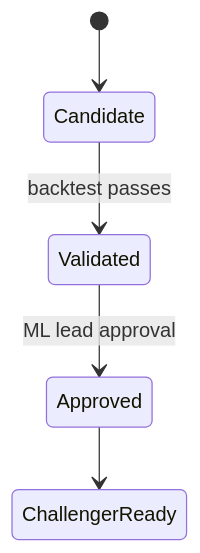
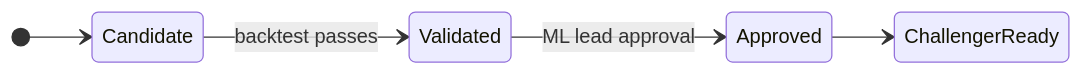
Before and after one commit to mdragomir-taurus/ops-diagrams: the diagram in clearml_model_approve.mermaid, drawn with Mermaid.

Commit message:
fix: clearml model approve diagram

```diff
--- a/clearml_model_approve.mermaid
+++ b/clearml_model_approve.mermaid
@@ -1,5 +1,6 @@
 stateDiagram-v2 
+    direction LR
     [*] --> Candidate 
     Candidate --> Validated: backtest passes 
     Validated --> Approved: ML lead approval 
     Approved --> ChallengerReady
```
